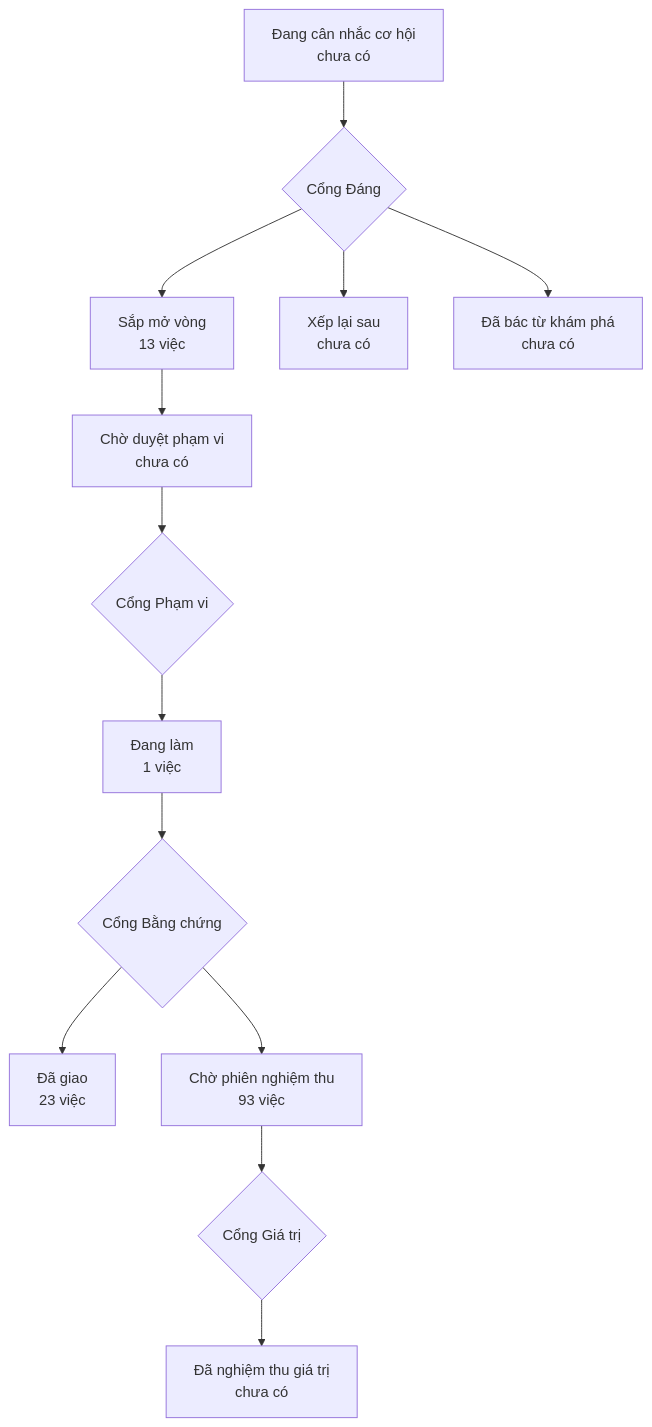
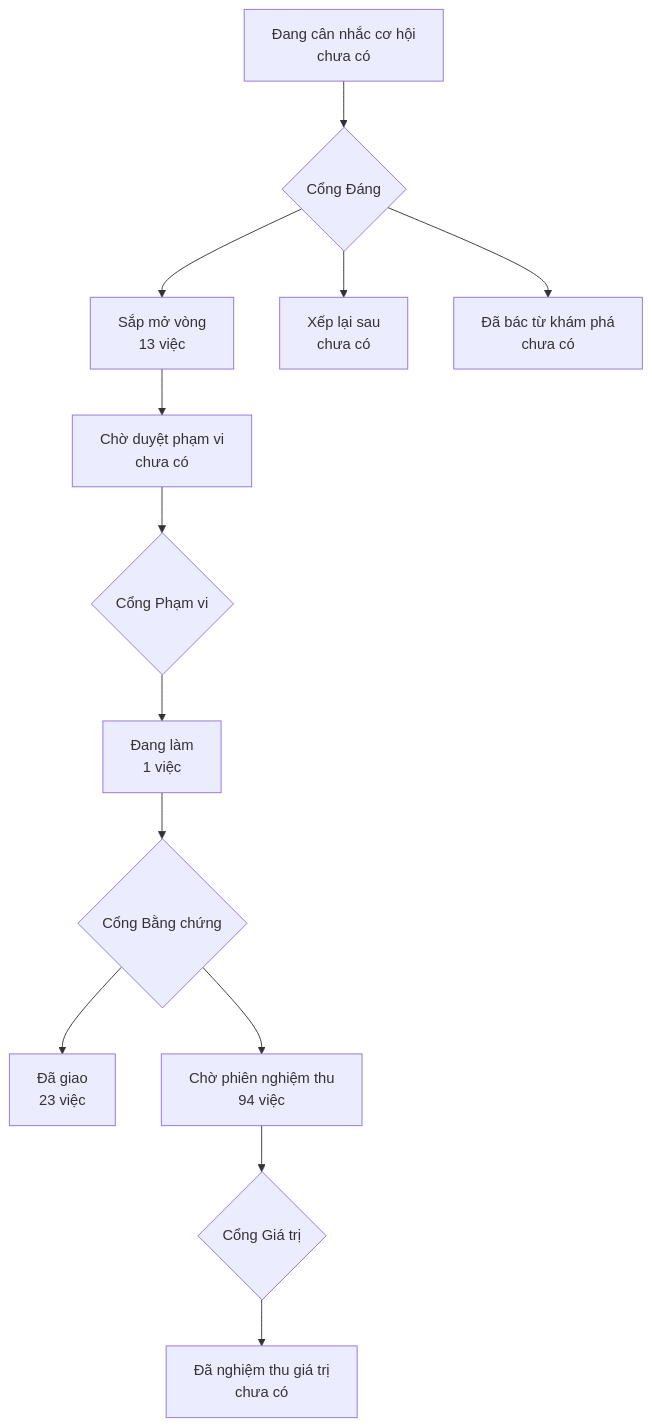
One commit to phanlemanh/onehub-quy-hang changed the diagram in PRODUCT-MAP.md. Above: the diagram before and after it, drawn with Mermaid. The commit also changed other lines of this file and 1 other file, not shown here.

Commit message:
chore: vẽ lại bản đồ sản phẩm và trang lộ trình sau khi gộp main

````diff
--- a/PRODUCT-MAP.md
+++ b/PRODUCT-MAP.md
@@ -7,12 +7,12 @@
 ```mermaid
 flowchart TD
   A["Đang cân nhắc cơ hội<br/>chưa có"] --> GD{"Cổng Đáng"}
   GD --> B["Sắp mở vòng<br/>13 việc"]
   GD --> XL["Xếp lại sau<br/>chưa có"]
   GD --> DB["Đã bác từ khám phá<br/>chưa có"]
   B --> CD["Chờ duyệt phạm vi<br/>chưa có"] --> GP{"Cổng Phạm vi"}
   GP --> DL["Đang làm<br/>1 việc"] --> GB{"Cổng Bằng chứng"}
   GB --> DG["Đã giao<br/>23 việc"]
-  GB --> CN["Chờ phiên nghiệm thu<br/>93 việc"] --> GG{"Cổng Giá trị"}
+  GB --> CN["Chờ phiên nghiệm thu<br/>94 việc"] --> GG{"Cổng Giá trị"}
   GG --> NT["Đã nghiệm thu giá trị<br/>chưa có"]
 ```
````
